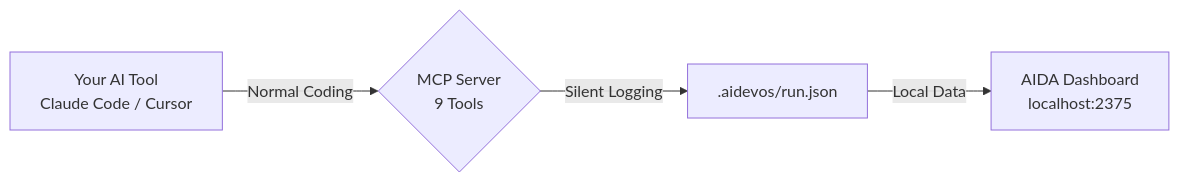
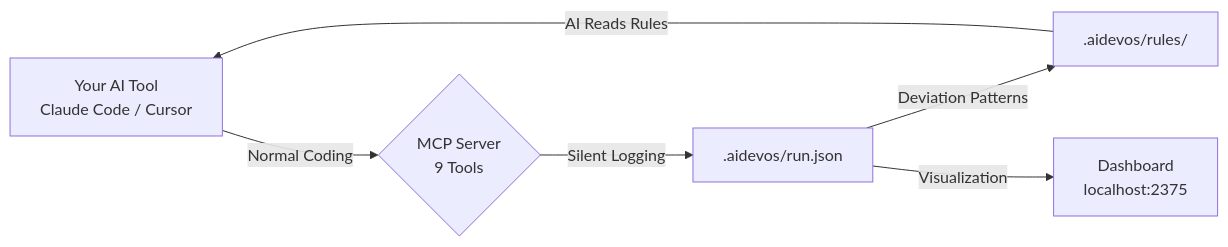
The diagram in README.md (LWTlong/aida), drawn with Mermaid before and after one commit. The commit also changed other lines of this file and 1 other file, not shown here.

First line of the commit message:
docs: rewrite READMEs — focus on deviation→rule self-improving loop

````diff
--- a/README.md
+++ b/README.md
@@ -193,6 +232,8 @@
 ```mermaid
 flowchart LR
     A["Your AI Tool\nClaude Code / Cursor"] -->|Normal Coding| B{"MCP Server\n9 Tools"}
     B -->|Silent Logging| C[".aidevos/run.json"]
-    C -->|Local Data| D["AIDA Dashboard\nlocalhost:2375"]
+    C -->|Deviation Patterns| D[".aidevos/rules/"]
+    C -->|Visualization| E["Dashboard\nlocalhost:2375"]
+    D -->|AI Reads Rules| A
 ```
````
